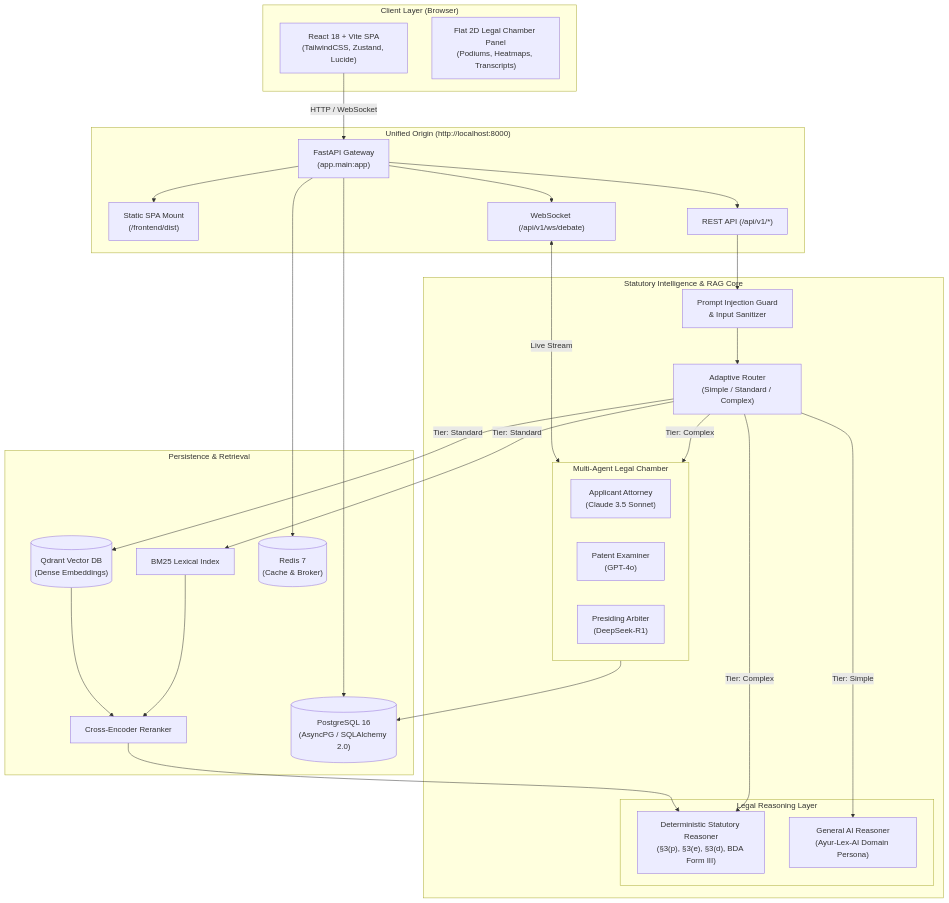
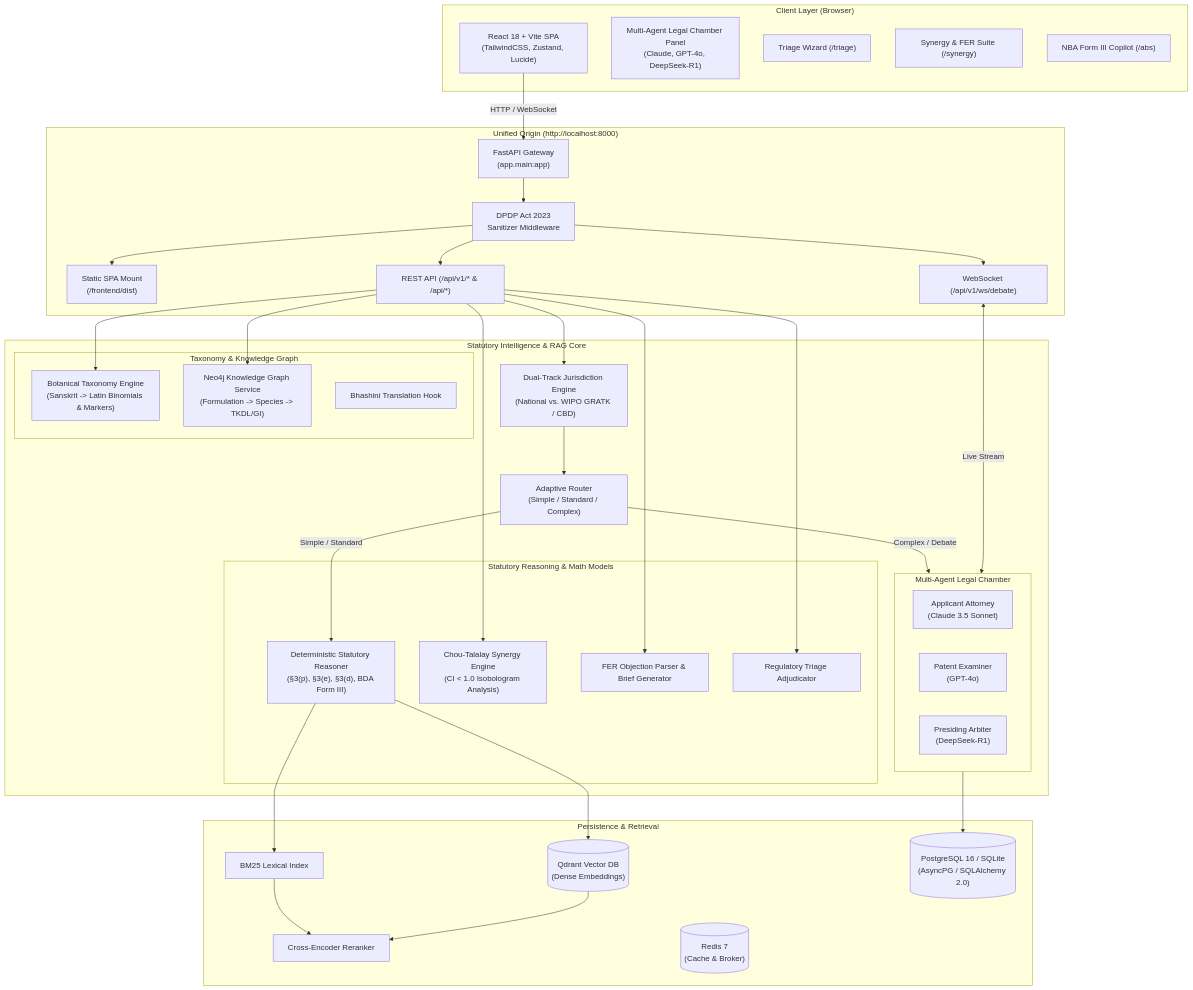
Before and after one commit to NikhilBhaskarM/Ayur-Lex-AI: the diagram in README.md, drawn with Mermaid. The commit also changed other lines of this file, not shown here.

Commit message:
docs: update README with comprehensive documentation for 7 modular extensions, architecture, and verification results

````diff
--- a/README.md
+++ b/README.md
@@ -33,58 +35,73 @@
 ```mermaid
 flowchart TB
     subgraph Client ["Client Layer (Browser)"]
         UI["React 18 + Vite SPA<br/>(TailwindCSS, Zustand, Lucide)"]
-        Panel["Flat 2D Legal Chamber Panel<br/>(Podiums, Heatmaps, Transcripts)"]
+        Panel["Multi-Agent Legal Chamber Panel<br/>(Claude, GPT-4o, DeepSeek-R1)"]
+        TriageUI["Triage Wizard (/triage)"]
+        SynergyUI["Synergy & FER Suite (/synergy)"]
+        ABSUI["NBA Form III Copilot (/abs)"]
     end
 
     subgraph Origin ["Unified Origin (http://localhost:8000)"]
         FastAPI["FastAPI Gateway<br/>(app.main:app)"]
         StaticSPA["Static SPA Mount<br/>(/frontend/dist)"]
-        APIRoutes["REST API (/api/v1/*)"]
+        APIRoutes["REST API (/api/v1/* & /api/*)"]
         WSRoutes["WebSocket (/api/v1/ws/debate)"]
+        DPDPMiddleware["DPDP Act 2023<br/>Sanitizer Middleware"]
     end
 
     subgraph Intelligence ["Statutory Intelligence & RAG Core"]
         Router["Adaptive Router<br/>(Simple / Standard / Complex)"]
-        Security["Prompt Injection Guard<br/>& Input Sanitizer"]
+        JurisdictionEngine["Dual-Track Jurisdiction Engine<br/>(National vs. WIPO GRATK / CBD)"]
         
-        subgraph ReasoningEngine ["Legal Reasoning Layer"]
+        subgraph ReasoningEngine ["Statutory Reasoning & Math Models"]
             StatutoryReasoner["Deterministic Statutory Reasoner<br/>(§3(p), §3(e), §3(d), BDA Form III)"]
-            GeneralAI["General AI Reasoner<br/>(Ayur-Lex-AI Domain Persona)"]
+            SynergyCalc["Chou-Talalay Synergy Engine<br/>(CI < 1.0 Isobologram Analysis)"]
+            FERParser["FER Objection Parser & Brief Generator"]
+            TriageEngine["Regulatory Triage Adjudicator"]
+        end
+
+        subgraph KnowledgeTaxonomy ["Taxonomy & Knowledge Graph"]
+            Taxonomy["Botanical Taxonomy Engine<br/>(Sanskrit -> Latin Binomials & Markers)"]
+            GraphService["Neo4j Knowledge Graph Service<br/>(Formulation -> Species -> TKDL/GI)"]
+            Bhashini["Bhashini Translation Hook"]
         end
 
         subgraph MultiLLM ["Multi-Agent Legal Chamber"]
             Applicant["Applicant Attorney<br/>(Claude 3.5 Sonnet)"]
             Examiner["Patent Examiner<br/>(GPT-4o)"]
             Arbiter["Presiding Arbiter<br/>(DeepSeek-R1)"]
         end
     end
 
     subgraph Storage ["Persistence & Retrieval"]
         Qdrant[("Qdrant Vector DB<br/>(Dense Embeddings)")]
         BM25["BM25 Lexical Index"]
         Reranker["Cross-Encoder Reranker"]
-        Postgres[("PostgreSQL 16<br/>(AsyncPG / SQLAlchemy 2.0)")]
+        Postgres[("PostgreSQL 16 / SQLite<br/>(AsyncPG / SQLAlchemy 2.0)")]
         Redis[("Redis 7<br/>(Cache & Broker)")]
     end
 
     UI -->|"HTTP / WebSocket"| FastAPI
-    FastAPI --> StaticSPA
-    FastAPI --> APIRoutes
-    FastAPI --> WSRoutes
+    FastAPI --> DPDPMiddleware
+    DPDPMiddleware --> StaticSPA
+    DPDPMiddleware --> APIRoutes
+    DPDPMiddleware --> WSRoutes
 
-    APIRoutes --> Security
-    Security --> Router
+    APIRoutes --> JurisdictionEngine
+    JurisdictionEngine --> Router
 
-    Router -->|"Tier: Simple"| GeneralAI
-    Router -->|"Tier: Standard"| BM25 & Qdrant
-    Router -->|"Tier: Complex"| StatutoryReasoner & MultiLLM
+    Router -->|"Simple / Standard"| StatutoryReasoner
+    Router -->|"Complex / Debate"| MultiLLM
+    
+    APIRoutes --> TriageEngine
+    APIRoutes --> SynergyCalc
+    APIRoutes --> FERParser
+    APIRoutes --> Taxonomy & GraphService
 
+    StatutoryReasoner --> BM25 & Qdrant
     BM25 & Qdrant --> Reranker
-    Reranker --> StatutoryReasoner
 
     WSRoutes <-->|"Live Stream"| MultiLLM
     MultiLLM --> Postgres
-    FastAPI --> Postgres
-    FastAPI --> Redis
 ```
````
